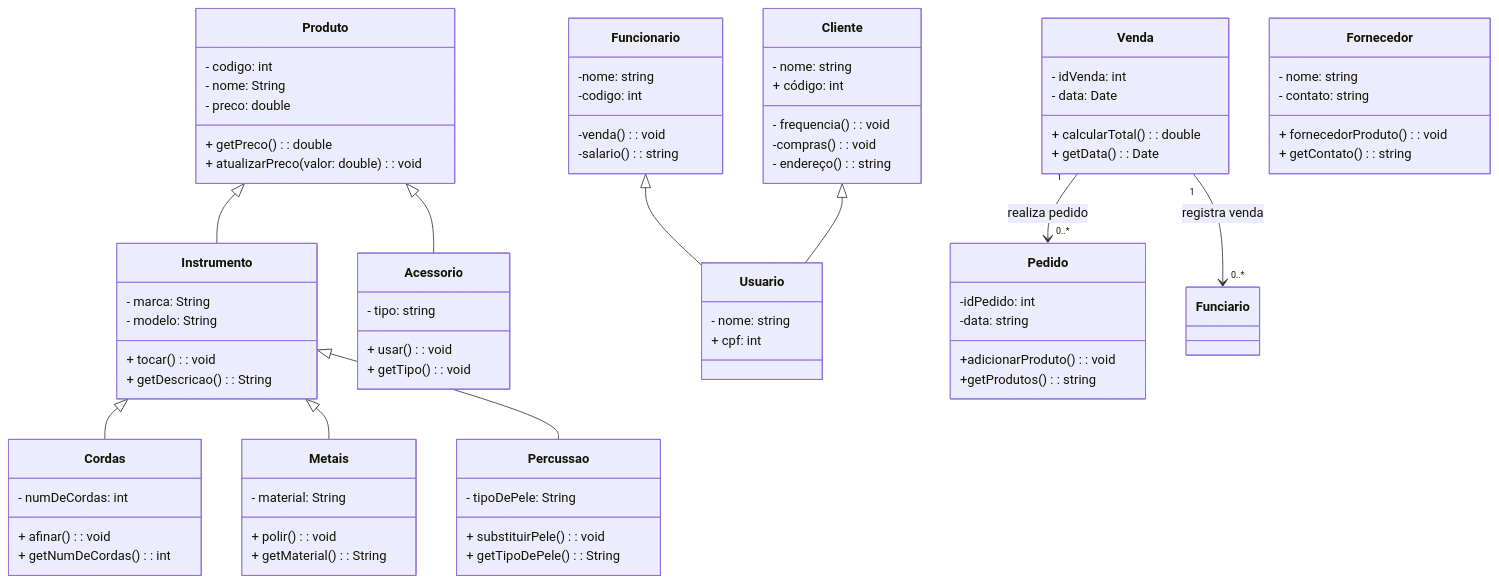
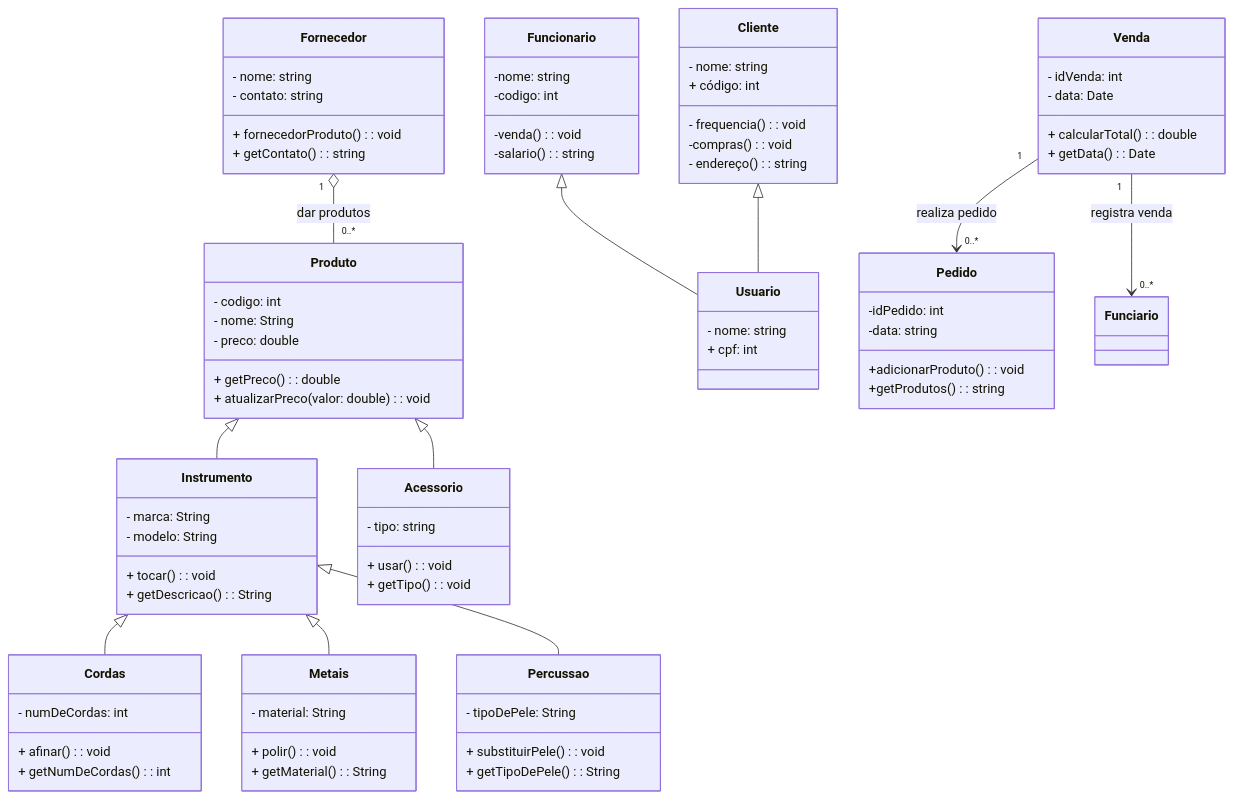
Before and after one commit to helenabuery/poojavaceub-grupo1: the diagram in TodasAsClasses.md, drawn with Mermaid.

```diff
--- a/TodasAsClasses.md
+++ b/TodasAsClasses.md
@@ -88,16 +88,19 @@
     + getContato(): string
   }
 
-%% =============================
-associações
-%% ============================
+
+
+
 
 Venda "1" --> "0..*" Pedido : realiza pedido
 Venda "1" --> "0..*" Funciario : registra venda
 
-%% ============================
-Composições
-%% ===========================
+
+
+
+
+Fornecedor "1" o-- "0..*" Produto : dar produtos 
+
 
 
 
```
